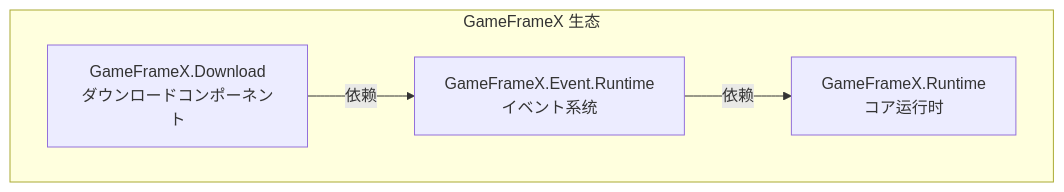
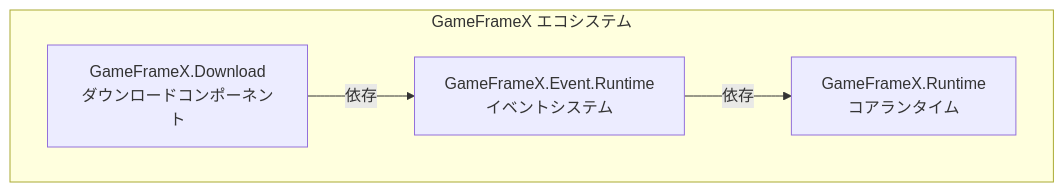
Before and after one commit to AlianBlank/GameFrameX.Docs: the diagram in docs/ja/client/unity/component/download/02.installation.md, drawn with Mermaid. The commit also changed other lines of this file and 320 other files, not shown here.

````diff
--- a/docs/ja/client/unity/component/download/02.installation.md
+++ b/docs/ja/client/unity/component/download/02.installation.md
@@ -91,11 +91,11 @@
 ```mermaid
 graph TD
-    subgraph GameFrameX["GameFrameX 生态"]
-        Runtime["GameFrameX.Runtime<br/>コア运行时"]
-        Event["GameFrameX.Event.Runtime<br/>イベント系统"]
+    subgraph GameFrameX["GameFrameX エコシステム"]
+        Runtime["GameFrameX.Runtime<br/>コアランタイム"]
+        Event["GameFrameX.Event.Runtime<br/>イベントシステム"]
         Download["GameFrameX.Download<br/>ダウンロードコンポーネント"]
     end
-    
-    Download -->|依赖| Event
-    Event -->|依赖| Runtime
+
+    Download -->|依存| Event
+    Event -->|依存| Runtime
 ```
````
